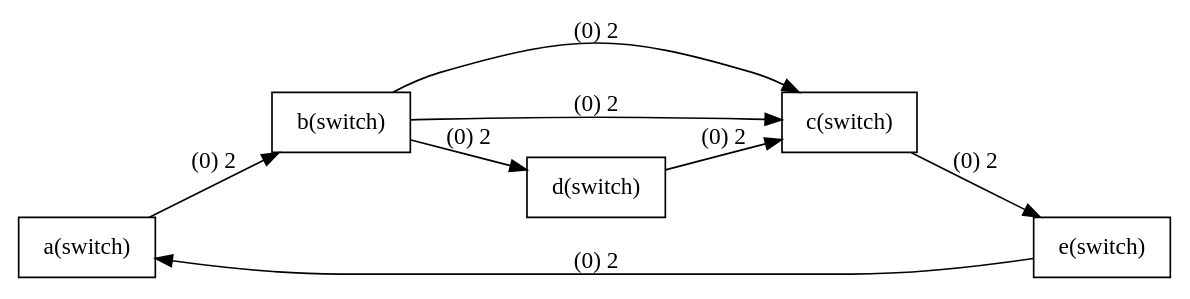
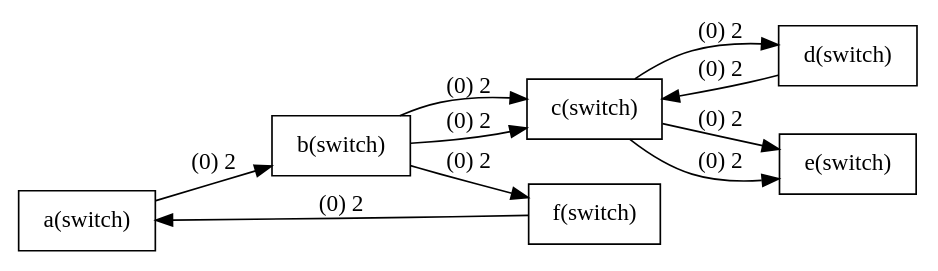
One commit to claireyy23/2019-spring-gt changed the diagram in plot.dot. Above: the diagram before and after it, drawn with Graphviz. The commit also changed 1 other file, not shown here.

```diff
--- a/plot.dot
+++ b/plot.dot
@@ -1,27 +1,33 @@
 digraph G{
 rankdir=LR;
 node [shape=record];
 
 a [label="a(switch)"];
 b [label="b(switch)"];
 a->b[label="(0) 2"];
 b [label="b(switch)"];
 c [label="c(switch)"];
 b->c[label="(0) 2"];
+c [label="c(switch)"];
+d [label="d(switch)"];
+c->d[label="(0) 2"];
+c [label="c(switch)"];
+e [label="e(switch)"];
+c->e[label="(0) 2"];
 b [label="b(switch)"];
-d [label="d(switch)"];
-b->d[label="(0) 2"];
+f [label="f(switch)"];
+b->f[label="(0) 2"];
+f [label="f(switch)"];
+a [label="a(switch)"];
+f->a[label="(0) 2"];
+c [label="c(switch)"];
+e [label="e(switch)"];
+c->e[label="(0) 2"];
 d [label="d(switch)"];
 c [label="c(switch)"];
 d->c[label="(0) 2"];
-c [label="c(switch)"];
-e [label="e(switch)"];
-c->e[label="(0) 2"];
-e [label="e(switch)"];
-a [label="a(switch)"];
-e->a[label="(0) 2"];
 b [label="b(switch)"];
 c [label="c(switch)"];
 b->c[label="(0) 2"];
 
 }
```
